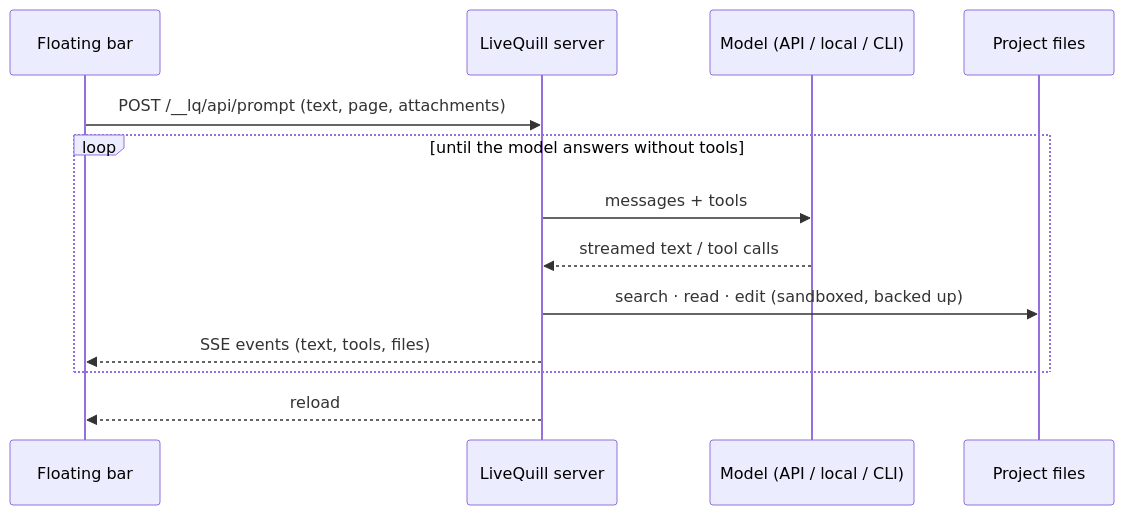
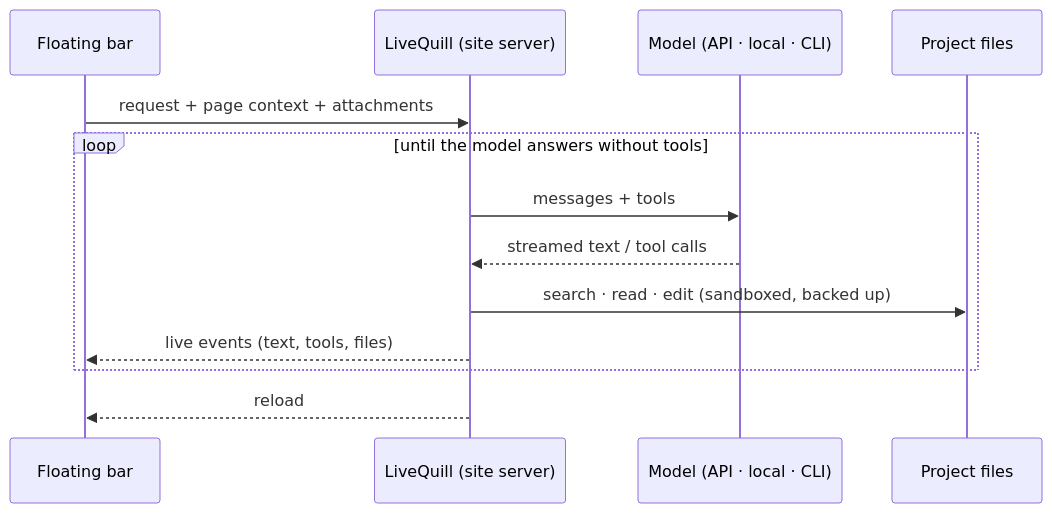
Before and after one commit to Ybucaille/livequill: the diagram in README.md, drawn with Mermaid. The commit also changed other lines of this file and 9 other files, not shown here.

First line of the commit message:
docs: record the demo on a neutral site, add a roadmap and a plain FAQ

````diff
--- a/README.md
+++ b/README.md
@@ -171,15 +131,15 @@
 ```mermaid
 sequenceDiagram
     participant B as Floating bar
-    participant S as LiveQuill server
-    participant M as Model (API / local / CLI)
+    participant S as LiveQuill (site server)
+    participant M as Model (API · local · CLI)
     participant F as Project files
-    B->>S: POST /__lq/api/prompt (text, page, attachments)
+    B->>S: request + page context + attachments
     loop until the model answers without tools
         S->>M: messages + tools
         M-->>S: streamed text / tool calls
         S->>F: search · read · edit (sandboxed, backed up)
-        S-->>B: SSE events (text, tools, files)
+        S-->>B: live events (text, tools, files)
     end
     S-->>B: reload
 ```
````
